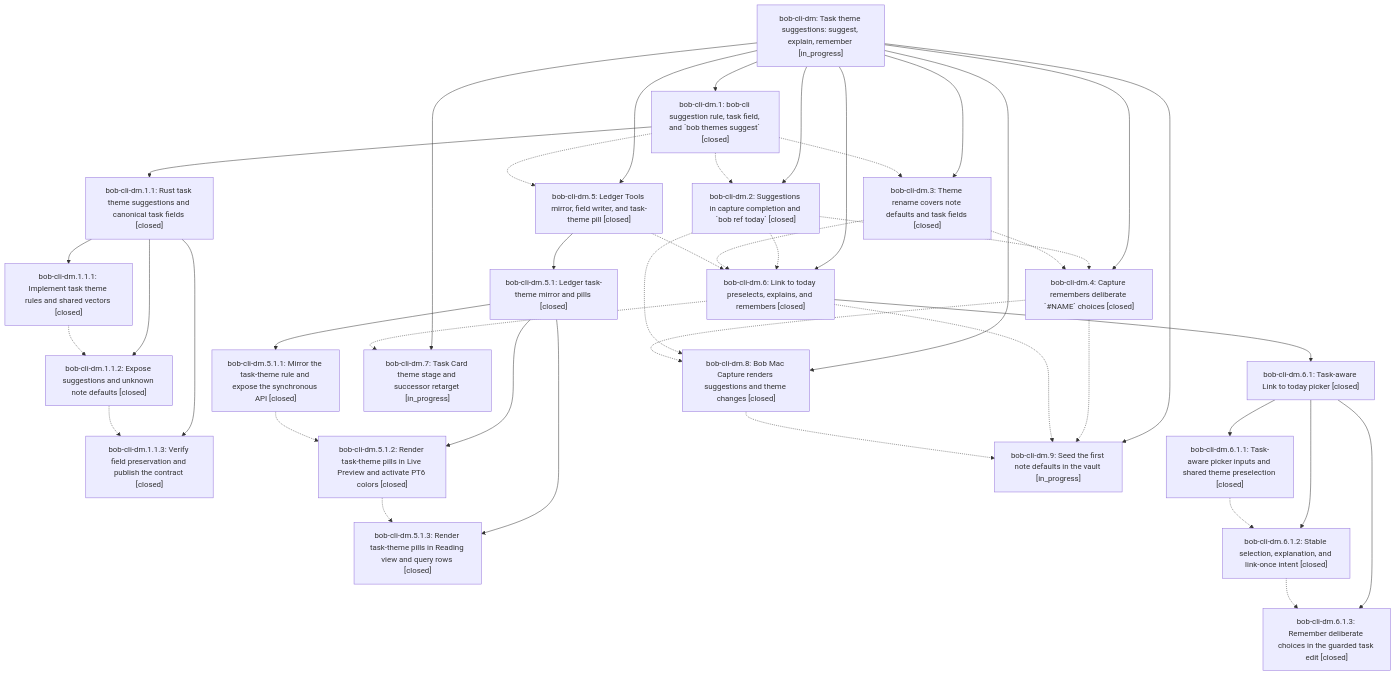
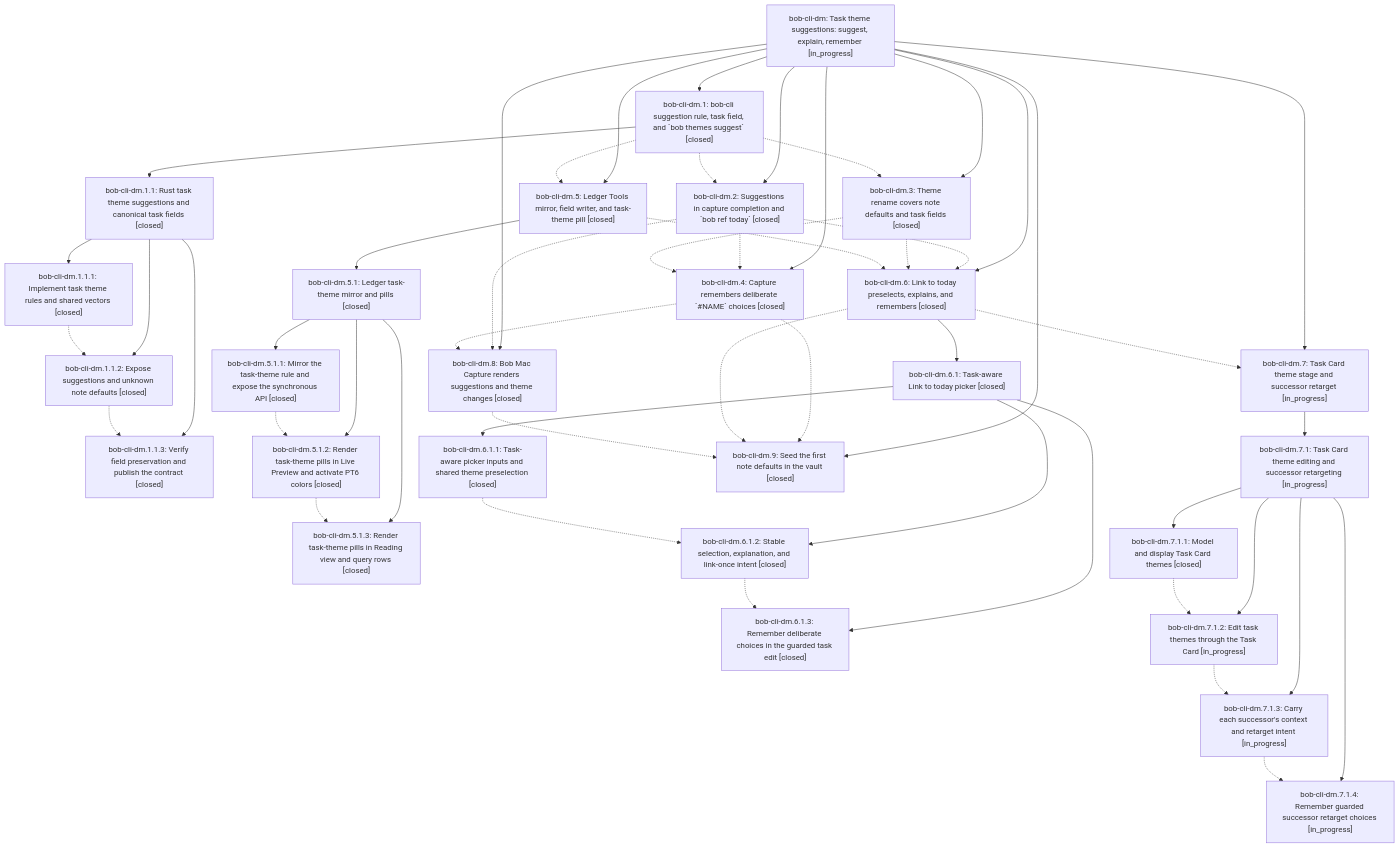
Before and after one commit to bobs-org/bob-cli--beads: the diagram in pages/bob-cli-dm/README.md, drawn with Mermaid. The commit also changed other lines of this file and 14 other files, not shown here.

First line of the commit message:
chore(beads): sync bead state and pages for bob-cli-dm

````diff
--- a/pages/bob-cli-dm/README.md
+++ b/pages/bob-cli-dm/README.md
@@ -44,66 +44,79 @@
 ```mermaid
 flowchart TD
     n0["bob-cli-dm: Task theme suggestions: suggest, explain, remember [in_progress]"]
     n1["bob-cli-dm.1: bob-cli suggestion rule, task field, and `bob themes suggest` [closed]"]
     n2["bob-cli-dm.1.1: Rust task theme suggestions and canonical task fields [closed]"]
     n3["bob-cli-dm.1.1.1: Implement task theme rules and shared vectors [closed]"]
     n4["bob-cli-dm.1.1.2: Expose suggestions and unknown note defaults [closed]"]
     n5["bob-cli-dm.1.1.3: Verify field preservation and publish the contract [closed]"]
     n6["bob-cli-dm.2: Suggestions in capture completion and `bob ref today` [closed]"]
     n7["bob-cli-dm.3: Theme rename covers note defaults and task fields [closed]"]
     n8["bob-cli-dm.4: Capture remembers deliberate `#NAME` choices [closed]"]
     n9["bob-cli-dm.5: Ledger Tools mirror, field writer, and task-theme pill [closed]"]
     n10["bob-cli-dm.5.1: Ledger task-theme mirror and pills [closed]"]
     n11["bob-cli-dm.5.1.1: Mirror the task-theme rule and expose the synchronous API [closed]"]
     n12["bob-cli-dm.5.1.2: Render task-theme pills in Live Preview and activate PT6 colors [closed]"]
     n13["bob-cli-dm.5.1.3: Render task-theme pills in Reading view and query rows [closed]"]
     n14["bob-cli-dm.6: Link to today preselects, explains, and remembers [closed]"]
     n15["bob-cli-dm.6.1: Task-aware Link to today picker [closed]"]
     n16["bob-cli-dm.6.1.1: Task-aware picker inputs and shared theme preselection [closed]"]
     n17["bob-cli-dm.6.1.2: Stable selection, explanation, and link-once intent [closed]"]
     n18["bob-cli-dm.6.1.3: Remember deliberate choices in the guarded task edit [closed]"]
     n19["bob-cli-dm.7: Task Card theme stage and successor retarget [in_progress]"]
-    n20["bob-cli-dm.8: Bob Mac Capture renders suggestions and theme changes [closed]"]
-    n21["bob-cli-dm.9: Seed the first note defaults in the vault [in_progress]"]
+    n20["bob-cli-dm.7.1: Task Card theme editing and successor retargeting [in_progress]"]
+    n21["bob-cli-dm.7.1.1: Model and display Task Card themes [closed]"]
+    n22["bob-cli-dm.7.1.2: Edit task themes through the Task Card [in_progress]"]
+    n23["bob-cli-dm.7.1.3: Carry each successor's context and retarget intent [in_progress]"]
+    n24["bob-cli-dm.7.1.4: Remember guarded successor retarget choices [in_progress]"]
+    n25["bob-cli-dm.8: Bob Mac Capture renders suggestions and theme changes [closed]"]
+    n26["bob-cli-dm.9: Seed the first note defaults in the vault [closed]"]
     n0 --> n1
     n1 --> n2
     n2 --> n3
     n2 --> n4
     n2 --> n5
     n0 --> n6
     n0 --> n7
     n0 --> n8
     n0 --> n9
     n9 --> n10
     n10 --> n11
     n10 --> n12
     n10 --> n13
     n0 --> n14
     n14 --> n15
     n15 --> n16
     n15 --> n17
     n15 --> n18
     n0 --> n19
-    n0 --> n20
-    n0 --> n21
+    n19 --> n20
+    n20 --> n21
+    n20 --> n22
+    n20 --> n23
+    n20 --> n24
+    n0 --> n25
+    n0 --> n26
     n1 -.-> n6
     n1 -.-> n7
     n1 -.-> n9
     n3 -.-> n4
     n4 -.-> n5
     n6 -.-> n8
     n6 -.-> n14
-    n6 -.-> n20
+    n6 -.-> n25
     n7 -.-> n8
     n7 -.-> n14
-    n8 -.-> n20
-    n8 -.-> n21
+    n8 -.-> n25
+    n8 -.-> n26
     n9 -.-> n14
     n11 -.-> n12
     n12 -.-> n13
     n14 -.-> n19
-    n14 -.-> n21
+    n14 -.-> n26
     n16 -.-> n17
     n17 -.-> n18
-    n20 -.-> n21
+    n21 -.-> n22
+    n22 -.-> n23
+    n23 -.-> n24
+    n25 -.-> n26
 ```
````
